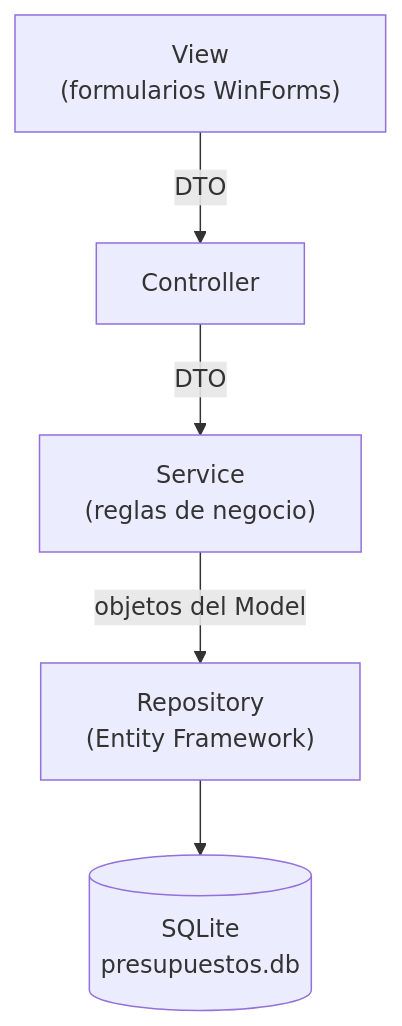
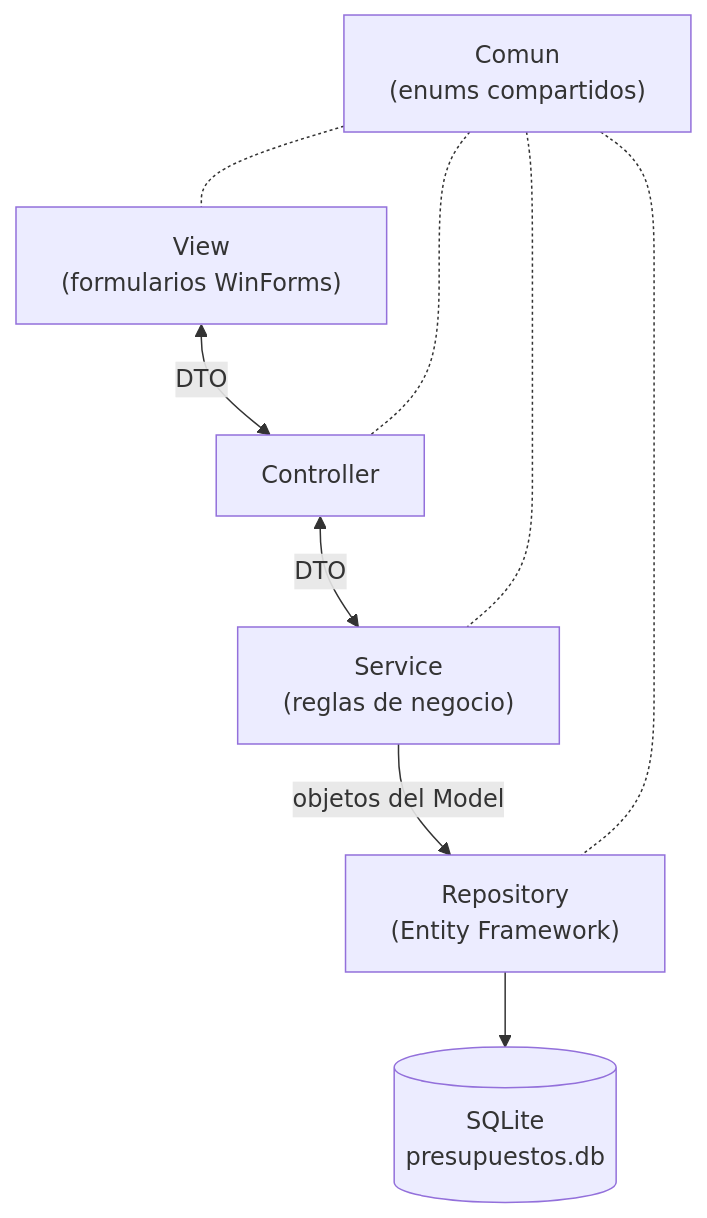
The first of 2 diagrams in README.md (Luciano-R-Lopez/calculador-presupuestos-eventos), drawn with Mermaid before and after one commit. The commit also changed other lines of this file and 38 other files, not shown here.

First line of the commit message:
Capas: la View recibe DTO y los enums pasan a Comun

````diff
--- a/README.md
+++ b/README.md
@@ -26,7 +27,8 @@
 ```mermaid
 flowchart TD
-    V["View<br/>(formularios WinForms)"] -->|DTO| C["Controller"]
-    C -->|DTO| S["Service<br/>(reglas de negocio)"]
+    V["View<br/>(formularios WinForms)"] <-->|DTO| C["Controller"]
+    C <-->|DTO| S["Service<br/>(reglas de negocio)"]
     S -->|objetos del Model| R["Repository<br/>(Entity Framework)"]
     R --> DB[("SQLite<br/>presupuestos.db")]
+    K["Comun<br/>(enums compartidos)"] -.- V & C & S & R
 ```
````
